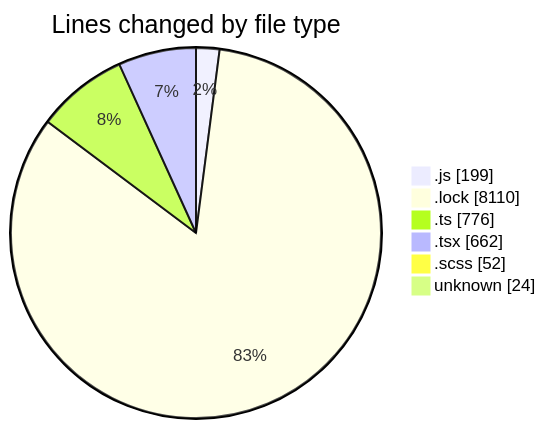
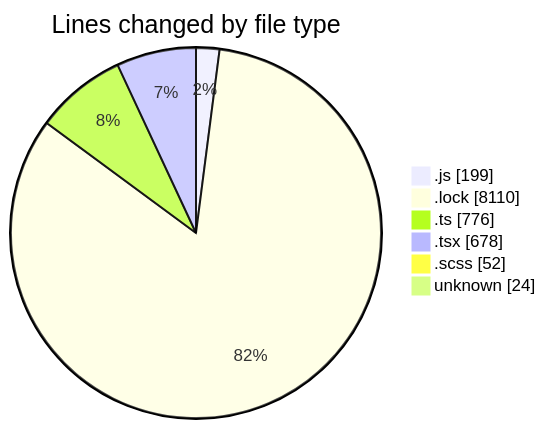
The first of 2 diagrams in 2025-02-07/cda/README.md (momahboobian/code-tracking), drawn with Mermaid before and after one commit. The commit also changed other lines of this file and 1 other file, not shown here.

````diff
--- a/2025-02-07/cda/README.md
+++ b/2025-02-07/cda/README.md
@@ -53,10 +53,10 @@
 ```mermaid
 pie showData
 title Lines changed by file type
 ".js" : 199
 ".lock" : 8110
 ".ts" : 776
-".tsx" : 662
+".tsx" : 678
 ".scss" : 52
 "unknown" : 24
 ```
````
